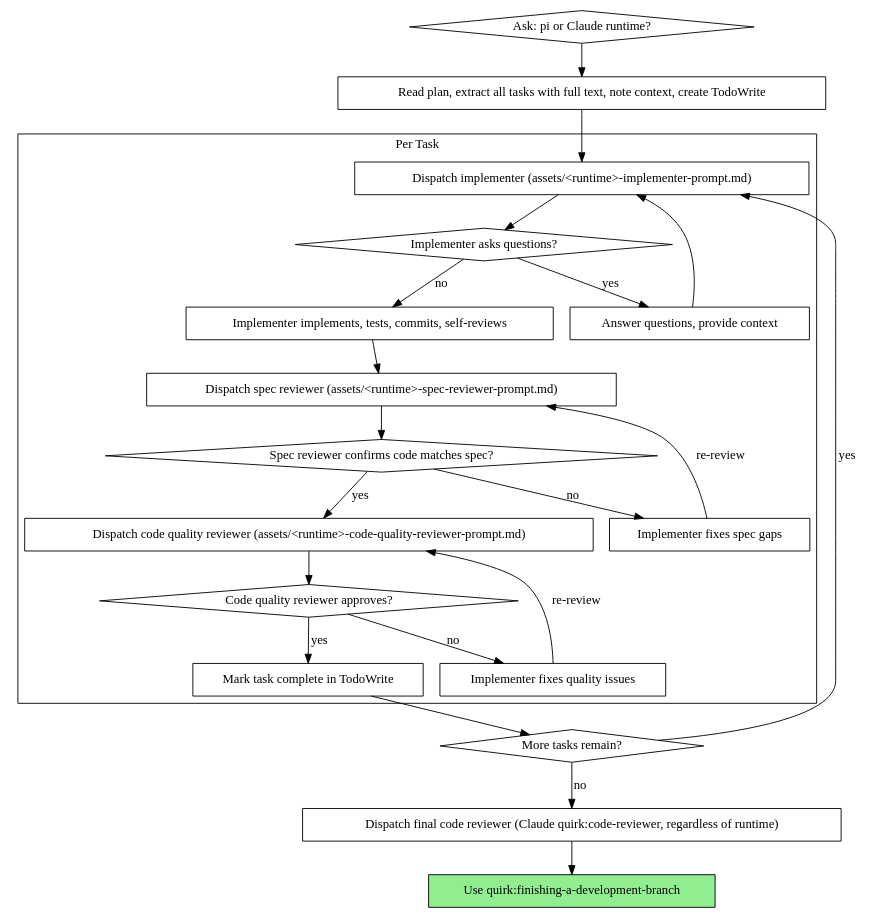
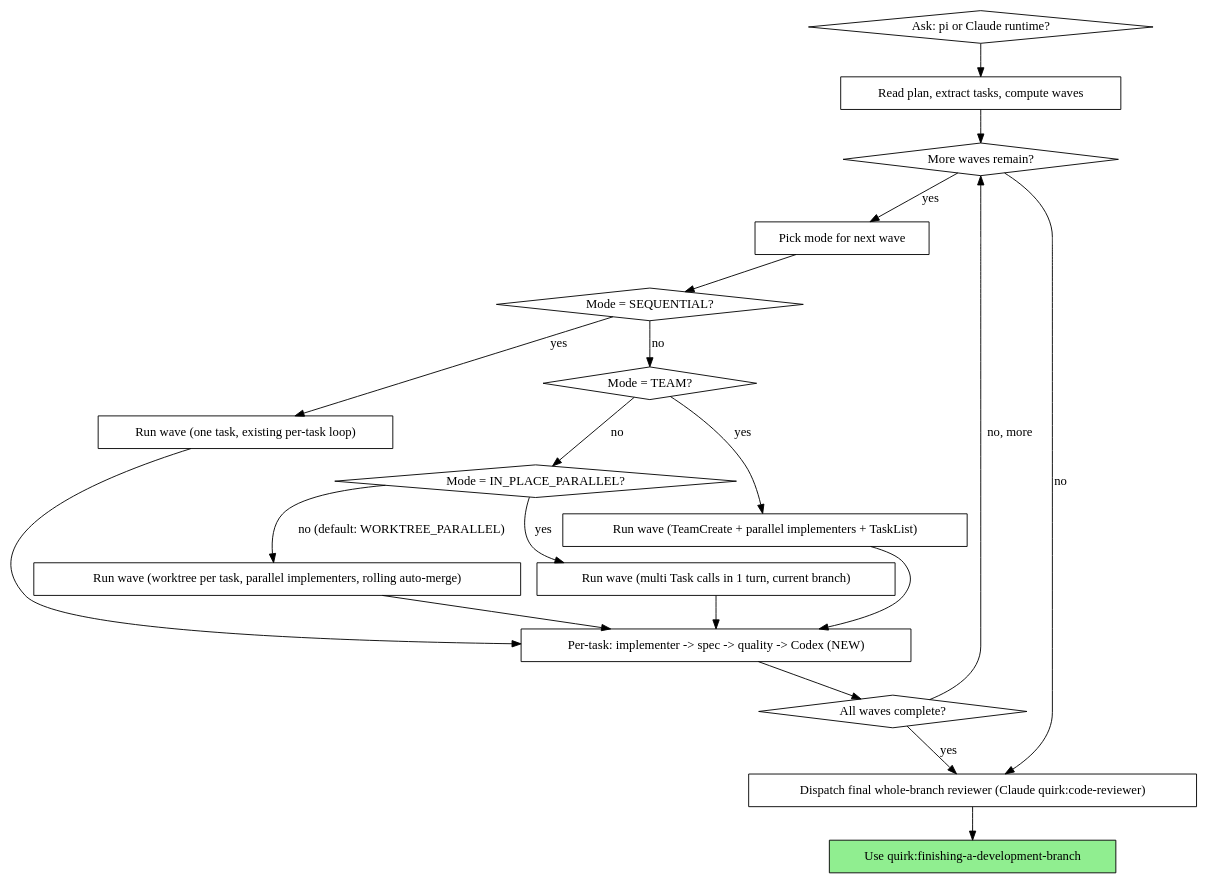
One commit to zpyoung/quirk changed the second of 2 diagrams in skills/subagent-driven-development/SKILL.md. Above: the diagram before and after it, drawn with Graphviz. The commit also changed other lines of this file, not shown here.

Commit message:
feat(sdd): add wave compute, mode decision tree, and per-mode mechanics

````diff
--- a/skills/subagent-driven-development/SKILL.md
+++ b/skills/subagent-driven-development/SKILL.md
@@ -71,46 +73,41 @@
 ```dot
 digraph process {
     rankdir=TB;
 
-    subgraph cluster_per_task {
-        label="Per Task";
-        "Dispatch implementer (assets/<runtime>-implementer-prompt.md)" [shape=box];
-        "Implementer asks questions?" [shape=diamond];
-        "Answer questions, provide context" [shape=box];
-        "Implementer implements, tests, commits, self-reviews" [shape=box];
-        "Dispatch spec reviewer (assets/<runtime>-spec-reviewer-prompt.md)" [shape=box];
-        "Spec reviewer confirms code matches spec?" [shape=diamond];
-        "Implementer fixes spec gaps" [shape=box];
-        "Dispatch code quality reviewer (assets/<runtime>-code-quality-reviewer-prompt.md)" [shape=box];
-        "Code quality reviewer approves?" [shape=diamond];
-        "Implementer fixes quality issues" [shape=box];
-        "Mark task complete in TodoWrite" [shape=box];
-    }
-
     "Ask: pi or Claude runtime?" [shape=diamond];
-    "Read plan, extract all tasks with full text, note context, create TodoWrite" [shape=box];
-    "More tasks remain?" [shape=diamond];
-    "Dispatch final code reviewer (Claude quirk:code-reviewer, regardless of runtime)" [shape=box];
+    "Read plan, extract tasks, compute waves" [shape=box];
+    "More waves remain?" [shape=diamond];
+    "Pick mode for next wave" [shape=box];
+    "Mode = SEQUENTIAL?" [shape=diamond];
+    "Mode = TEAM?" [shape=diamond];
+    "Mode = IN_PLACE_PARALLEL?" [shape=diamond];
+    "Run wave (one task, existing per-task loop)" [shape=box];
+    "Run wave (TeamCreate + parallel implementers + TaskList)" [shape=box];
+    "Run wave (multi Task calls in 1 turn, current branch)" [shape=box];
+    "Run wave (worktree per task, parallel implementers, rolling auto-merge)" [shape=box];
+    "Per-task: implementer -> spec -> quality -> Codex (NEW)" [shape=box];
+    "All waves complete?" [shape=diamond];
+    "Dispatch final whole-branch reviewer (Claude quirk:code-reviewer)" [shape=box];
     "Use quirk:finishing-a-development-branch" [shape=box style=filled fillcolor=lightgreen];
 
-    "Ask: pi or Claude runtime?" -> "Read plan, extract all tasks with full text, note context, create TodoWrite";
-    "Read plan, extract all tasks with full text, note context, create TodoWrite" -> "Dispatch implementer (assets/<runtime>-implementer-prompt.md)";
-    "Dispatch implementer (assets/<runtime>-implementer-prompt.md)" -> "Implementer asks questions?";
-    "Implementer asks questions?" -> "Answer questions, provide context" [label="yes"];
-    "Answer questions, provide context" -> "Dispatch implementer (assets/<runtime>-implementer-prompt.md)";
-    "Implementer asks questions?" -> "Implementer implements, tests, commits, self-reviews" [label="no"];
-    "Implementer implements, tests, commits, self-reviews" -> "Dispatch spec reviewer (assets/<runtime>-spec-reviewer-prompt.md)";
-    "Dispatch spec reviewer (assets/<runtime>-spec-reviewer-prompt.md)" -> "Spec reviewer confirms code matches spec?";
-    "Spec reviewer confirms code matches spec?" -> "Implementer fixes spec gaps" [label="no"];
-    "Implementer fixes spec gaps" -> "Dispatch spec reviewer (assets/<runtime>-spec-reviewer-prompt.md)" [label="re-review"];
-    "Spec reviewer confirms code matches spec?" -> "Dispatch code quality reviewer (assets/<runtime>-code-quality-reviewer-prompt.md)" [label="yes"];
-    "Dispatch code quality reviewer (assets/<runtime>-code-quality-reviewer-prompt.md)" -> "Code quality reviewer approves?";
-    "Code quality reviewer approves?" -> "Implementer fixes quality issues" [label="no"];
-    "Implementer fixes quality issues" -> "Dispatch code quality reviewer (assets/<runtime>-code-quality-reviewer-prompt.md)" [label="re-review"];
-    "Code quality reviewer approves?" -> "Mark task complete in TodoWrite" [label="yes"];
-    "Mark task complete in TodoWrite" -> "More tasks remain?";
-    "More tasks remain?" -> "Dispatch implementer (assets/<runtime>-implementer-prompt.md)" [label="yes"];
-    "More tasks remain?" -> "Dispatch final code reviewer (Claude quirk:code-reviewer, regardless of runtime)" [label="no"];
-    "Dispatch final code reviewer (Claude quirk:code-reviewer, regardless of runtime)" -> "Use quirk:finishing-a-development-branch";
+    "Ask: pi or Claude runtime?" -> "Read plan, extract tasks, compute waves";
+    "Read plan, extract tasks, compute waves" -> "More waves remain?";
+    "More waves remain?" -> "Pick mode for next wave" [label="yes"];
+    "More waves remain?" -> "Dispatch final whole-branch reviewer (Claude quirk:code-reviewer)" [label="no"];
+    "Pick mode for next wave" -> "Mode = SEQUENTIAL?";
+    "Mode = SEQUENTIAL?" -> "Run wave (one task, existing per-task loop)" [label="yes"];
+    "Mode = SEQUENTIAL?" -> "Mode = TEAM?" [label="no"];
+    "Mode = TEAM?" -> "Run wave (TeamCreate + parallel implementers + TaskList)" [label="yes"];
+    "Mode = TEAM?" -> "Mode = IN_PLACE_PARALLEL?" [label="no"];
+    "Mode = IN_PLACE_PARALLEL?" -> "Run wave (multi Task calls in 1 turn, current branch)" [label="yes"];
+    "Mode = IN_PLACE_PARALLEL?" -> "Run wave (worktree per task, parallel implementers, rolling auto-merge)" [label="no (default: WORKTREE_PARALLEL)"];
+    "Run wave (one task, existing per-task loop)" -> "Per-task: implementer -> spec -> quality -> Codex (NEW)";
+    "Run wave (TeamCreate + parallel implementers + TaskList)" -> "Per-task: implementer -> spec -> quality -> Codex (NEW)";
+    "Run wave (multi Task calls in 1 turn, current branch)" -> "Per-task: implementer -> spec -> quality -> Codex (NEW)";
+    "Run wave (worktree per task, parallel implementers, rolling auto-merge)" -> "Per-task: implementer -> spec -> quality -> Codex (NEW)";
+    "Per-task: implementer -> spec -> quality -> Codex (NEW)" -> "All waves complete?";
+    "All waves complete?" -> "More waves remain?" [label="no, more"];
+    "All waves complete?" -> "Dispatch final whole-branch reviewer (Claude quirk:code-reviewer)" [label="yes"];
+    "Dispatch final whole-branch reviewer (Claude quirk:code-reviewer)" -> "Use quirk:finishing-a-development-branch";
 }
 ```
````
